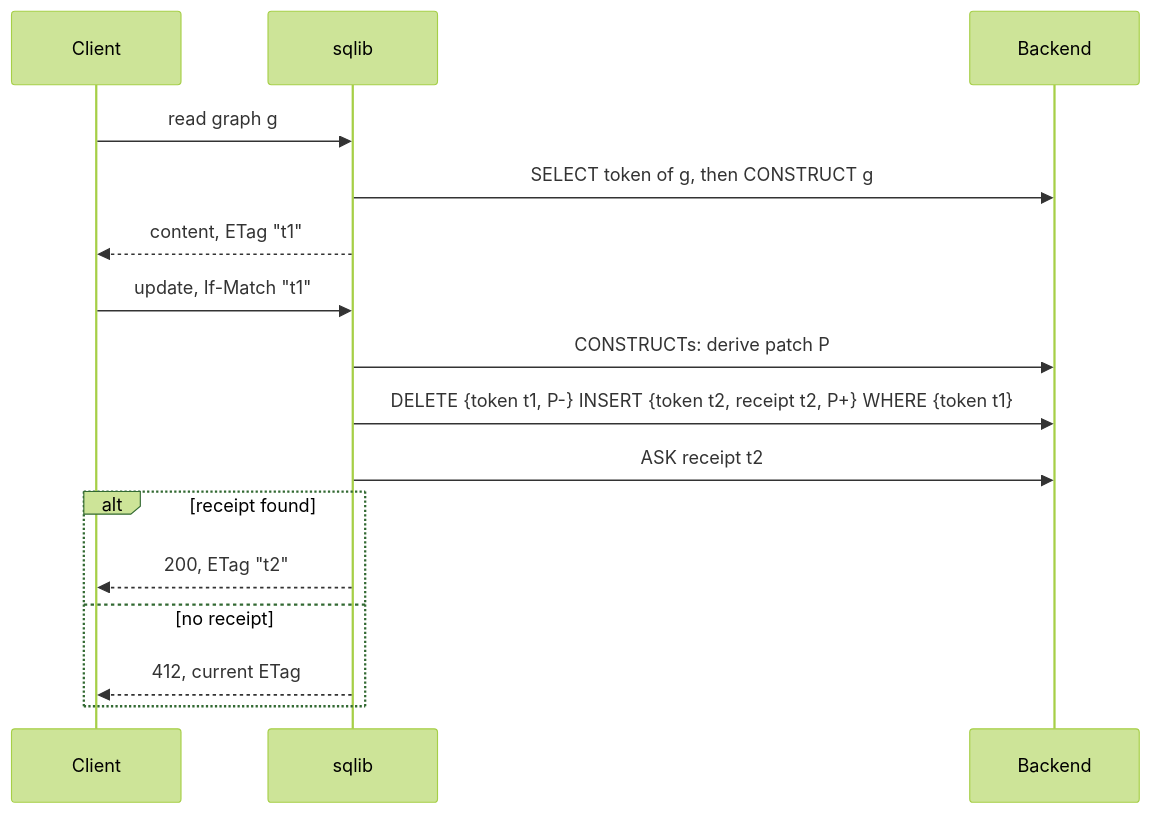
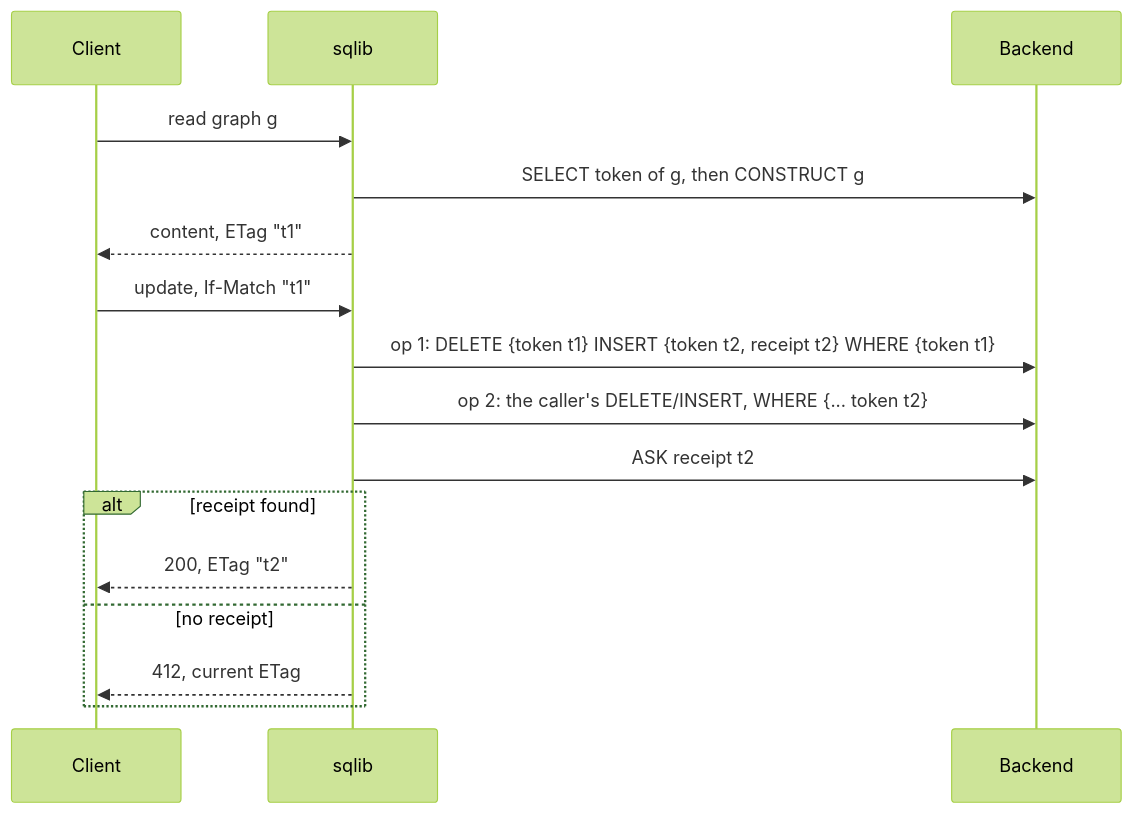
One commit to recalcitrantsupplant/sqlib changed the diagram in docs/proposals/graph-version-concurrency.md. Above: the diagram before and after it, drawn with Mermaid (forest theme). The commit also changed other lines of this file, not shown here.

First line of the commit message:
docs(proposals): inject the version guard into the update; keep the patch path for GRAPH ?g

````diff
--- a/docs/proposals/graph-version-concurrency.md
+++ b/docs/proposals/graph-version-concurrency.md
@@ -30,18 +32,18 @@
 ```mermaid
 sequenceDiagram
   participant C as Client
   participant S as sqlib
   participant B as Backend
   C->>S: read graph g
   S->>B: SELECT token of g, then CONSTRUCT g
   S-->>C: content, ETag "t1"
   C->>S: update, If-Match "t1"
-  S->>B: CONSTRUCTs: derive patch P
-  S->>B: DELETE {token t1, P-} INSERT {token t2, receipt t2, P+} WHERE {token t1}
+  S->>B: op 1: DELETE {token t1} INSERT {token t2, receipt t2} WHERE {token t1}
+  S->>B: op 2: the caller's DELETE/INSERT, WHERE {... token t2}
   S->>B: ASK receipt t2
   alt receipt found
     S-->>C: 200, ETag "t2"
   else no receipt
     S-->>C: 412, current ETag
   end
 ```
````
